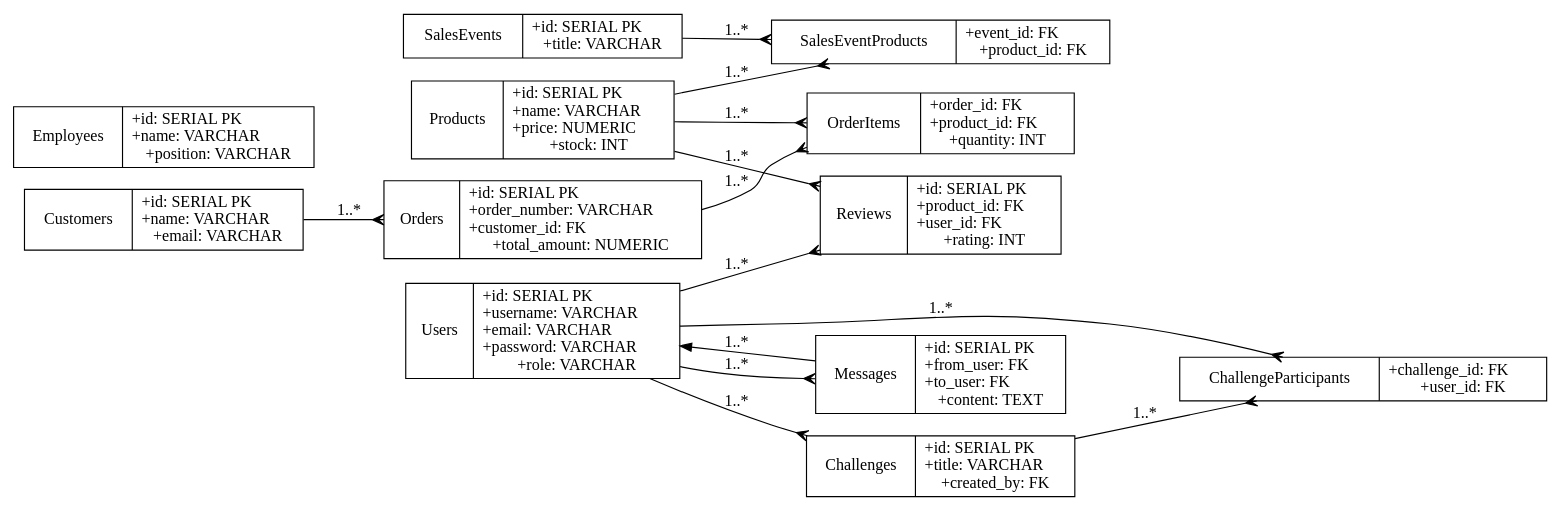
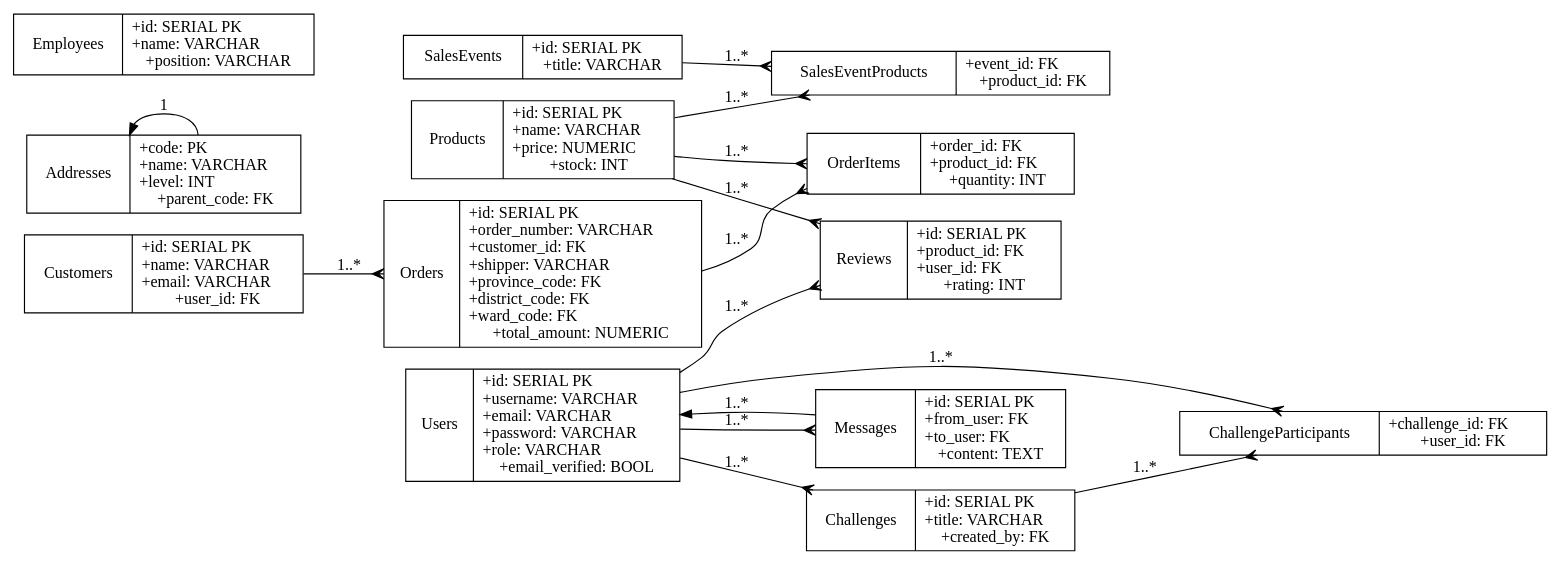
One commit to PhiHungVo00/Do_An_Cong_Nghe_Phan_Mem changed the diagram in database/docs/ERD.dot. Above: the diagram before and after it, drawn with Graphviz. The commit also changed 3 other files, not shown here.

Commit message:
Expand DB schema with customer and shipping details

```diff
--- a/database/docs/ERD.dot
+++ b/database/docs/ERD.dot
@@ -1,29 +1,31 @@
 digraph ERD {
   rankdir=LR;
   node [shape=record];
-  Users [label="{Users|+id: SERIAL PK\l+username: VARCHAR\l+email: VARCHAR\l+password: VARCHAR\l+role: VARCHAR}"];
+  Users [label="{Users|+id: SERIAL PK\l+username: VARCHAR\l+email: VARCHAR\l+password: VARCHAR\l+role: VARCHAR\l+email_verified: BOOL}"];
   Products [label="{Products|+id: SERIAL PK\l+name: VARCHAR\l+price: NUMERIC\l+stock: INT}"];
-  Customers [label="{Customers|+id: SERIAL PK\l+name: VARCHAR\l+email: VARCHAR}"];
-  Orders [label="{Orders|+id: SERIAL PK\l+order_number: VARCHAR\l+customer_id: FK\l+total_amount: NUMERIC}"];
+  Customers [label="{Customers|+id: SERIAL PK\l+name: VARCHAR\l+email: VARCHAR\l+user_id: FK}"];
+  Orders [label="{Orders|+id: SERIAL PK\l+order_number: VARCHAR\l+customer_id: FK\l+shipper: VARCHAR\l+province_code: FK\l+district_code: FK\l+ward_code: FK\l+total_amount: NUMERIC}"];
+  Addresses [label="{Addresses|+code: PK\l+name: VARCHAR\l+level: INT\l+parent_code: FK}"];
   OrderItems [label="{OrderItems|+order_id: FK\l+product_id: FK\l+quantity: INT}"];
   Reviews [label="{Reviews|+id: SERIAL PK\l+product_id: FK\l+user_id: FK\l+rating: INT}"];
   SalesEvents [label="{SalesEvents|+id: SERIAL PK\l+title: VARCHAR}"];
   SalesEventProducts [label="{SalesEventProducts|+event_id: FK\l+product_id: FK}"];
   Challenges [label="{Challenges|+id: SERIAL PK\l+title: VARCHAR\l+created_by: FK}"];
   ChallengeParticipants [label="{ChallengeParticipants|+challenge_id: FK\l+user_id: FK}"];
   Employees [label="{Employees|+id: SERIAL PK\l+name: VARCHAR\l+position: VARCHAR}"];
   Messages [label="{Messages|+id: SERIAL PK\l+from_user: FK\l+to_user: FK\l+content: TEXT}"];
 
   Customers -> Orders [label="1..*", arrowhead=crow];
   Orders -> OrderItems [label="1..*", arrowhead=crow];
   Products -> OrderItems [label="1..*", arrowhead=crow];
   Products -> Reviews [label="1..*", arrowhead=crow];
   Users -> Reviews [label="1..*", arrowhead=crow];
   Users -> Messages [label="1..*", arrowhead=crow];
   Users -> Messages [label="1..*", dir=back];
+  Addresses -> Addresses [label="1", dir=back, arrowhead=crow];
   SalesEvents -> SalesEventProducts [label="1..*", arrowhead=crow];
   Products -> SalesEventProducts [label="1..*", arrowhead=crow];
   Users -> Challenges [label="1..*", arrowhead=crow];
   Challenges -> ChallengeParticipants [label="1..*", arrowhead=crow];
   Users -> ChallengeParticipants [label="1..*", arrowhead=crow];
 }
```
